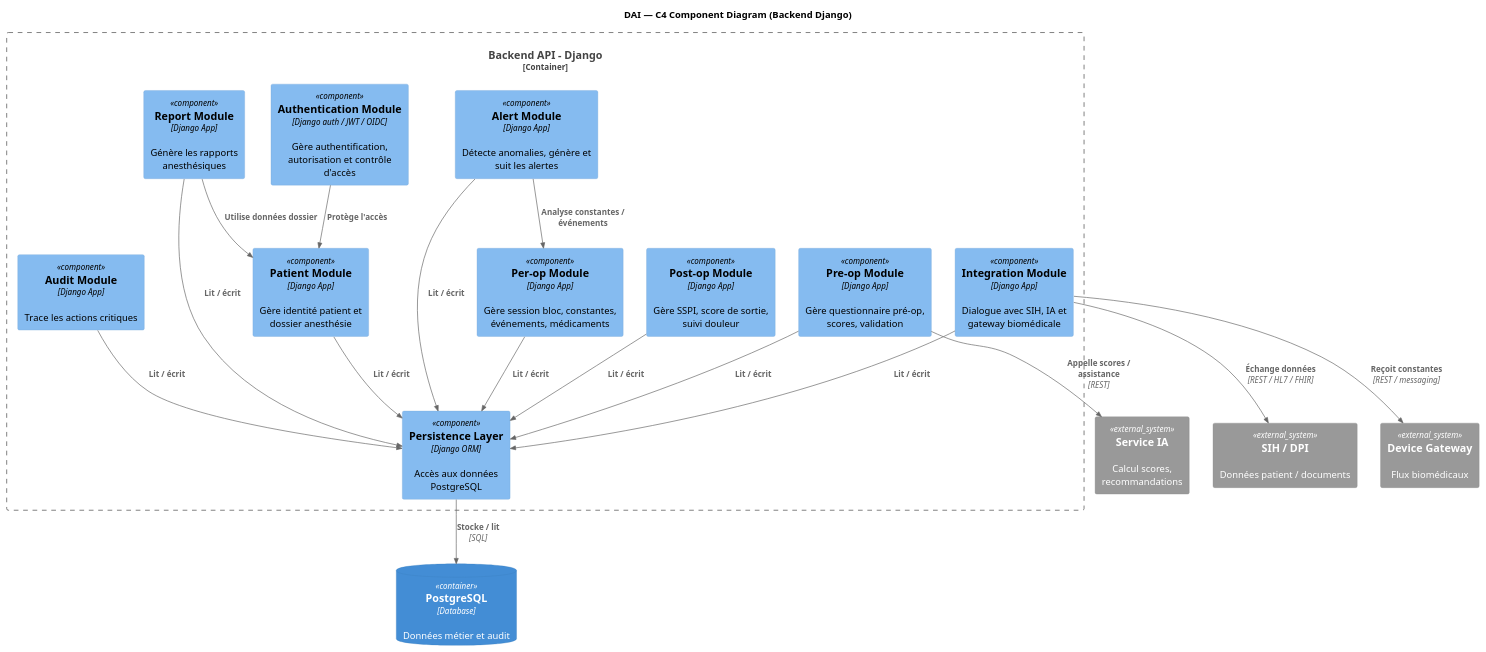
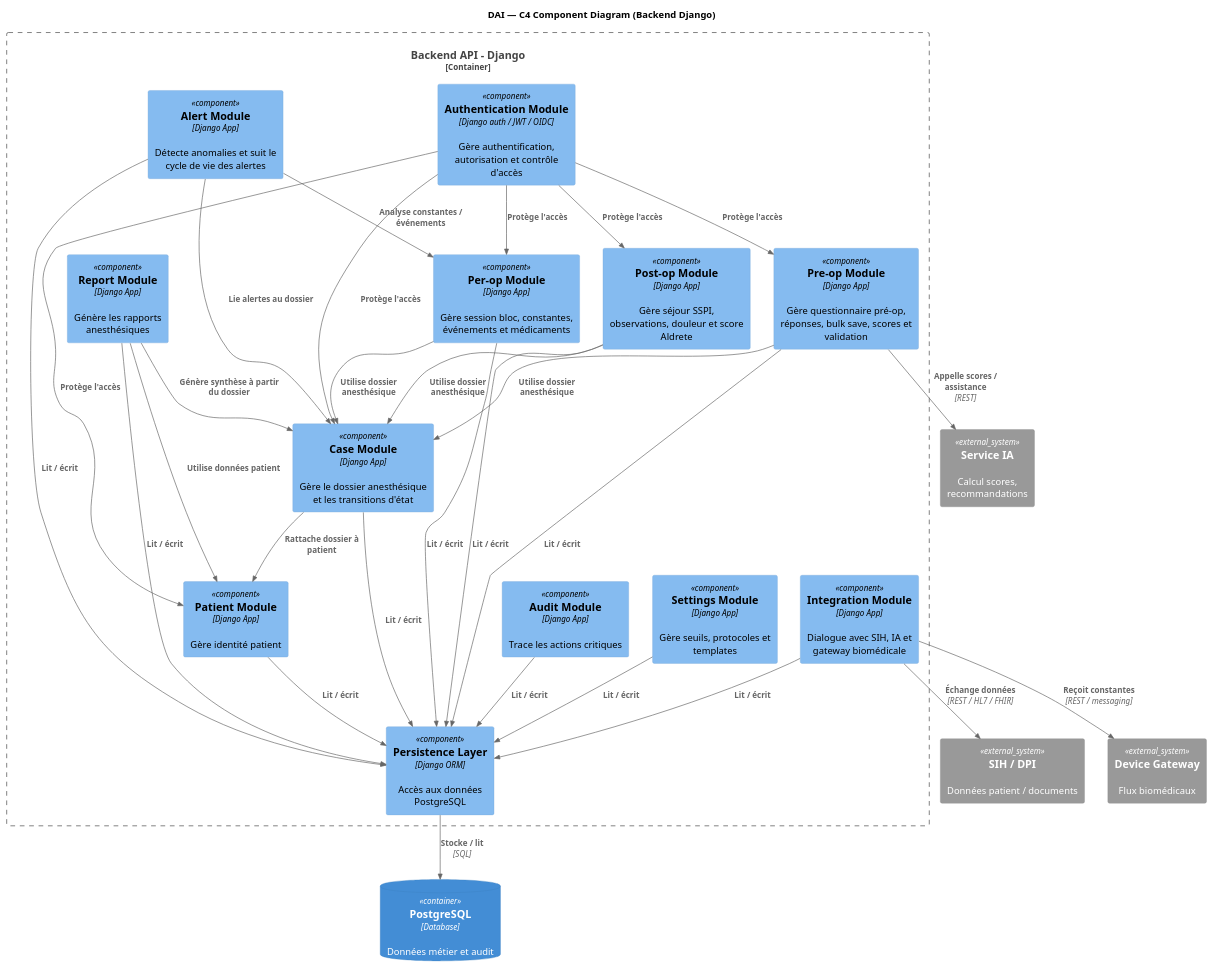
One commit to yasminebelhajmabrouk-ops/yasmine_DAI changed the diagram in diagrams/c4/component-backend.puml. Above: the diagram before and after it, drawn with PlantUML. The commit also changed 3 other files, not shown here.

Commit message:
docs(c4): update backend architecture diagrams and add c4 readme

```diff
--- a/diagrams/c4/component-backend.puml
+++ b/diagrams/c4/component-backend.puml
@@ -1,42 +1,58 @@
 @startuml
 !include https://raw.githubusercontent.com/plantuml-stdlib/C4-PlantUML/master/C4_Component.puml
 
 title DAI — C4 Component Diagram (Backend Django)
 
 Container_Boundary(api, "Backend API - Django") {
 
   Component(authComp, "Authentication Module", "Django auth / JWT / OIDC", "Gère authentification, autorisation et contrôle d'accès")
-  Component(patientComp, "Patient Module", "Django App", "Gère identité patient et dossier anesthésie")
-  Component(preopComp, "Pre-op Module", "Django App", "Gère questionnaire pré-op, scores, validation")
-  Component(peropComp, "Per-op Module", "Django App", "Gère session bloc, constantes, événements, médicaments")
-  Component(postopComp, "Post-op Module", "Django App", "Gère SSPI, score de sortie, suivi douleur")
-  Component(alertComp, "Alert Module", "Django App", "Détecte anomalies, génère et suit les alertes")
+  Component(patientComp, "Patient Module", "Django App", "Gère identité patient")
+  Component(caseComp, "Case Module", "Django App", "Gère le dossier anesthésique et les transitions d'état")
+  Component(preopComp, "Pre-op Module", "Django App", "Gère questionnaire pré-op, réponses, bulk save, scores et validation")
+  Component(peropComp, "Per-op Module", "Django App", "Gère session bloc, constantes, événements et médicaments")
+  Component(postopComp, "Post-op Module", "Django App", "Gère séjour SSPI, observations, douleur et score Aldrete")
+  Component(alertComp, "Alert Module", "Django App", "Détecte anomalies et suit le cycle de vie des alertes")
   Component(reportComp, "Report Module", "Django App", "Génère les rapports anesthésiques")
+  Component(settingsComp, "Settings Module", "Django App", "Gère seuils, protocoles et templates")
   Component(auditComp, "Audit Module", "Django App", "Trace les actions critiques")
   Component(integrationComp, "Integration Module", "Django App", "Dialogue avec SIH, IA et gateway biomédicale")
   Component(repoComp, "Persistence Layer", "Django ORM", "Accès aux données PostgreSQL")
 }
 
 ContainerDb(db, "PostgreSQL", "Database", "Données métier et audit")
 System_Ext(ai, "Service IA", "Calcul scores, recommandations")
 System_Ext(sih, "SIH / DPI", "Données patient / documents")
 System_Ext(gateway, "Device Gateway", "Flux biomédicaux")
 
 Rel(authComp, patientComp, "Protège l'accès")
+Rel(authComp, caseComp, "Protège l'accès")
+Rel(authComp, preopComp, "Protège l'accès")
+Rel(authComp, peropComp, "Protège l'accès")
+Rel(authComp, postopComp, "Protège l'accès")
+
 Rel(patientComp, repoComp, "Lit / écrit")
+Rel(caseComp, repoComp, "Lit / écrit")
 Rel(preopComp, repoComp, "Lit / écrit")
 Rel(peropComp, repoComp, "Lit / écrit")
 Rel(postopComp, repoComp, "Lit / écrit")
 Rel(alertComp, repoComp, "Lit / écrit")
 Rel(reportComp, repoComp, "Lit / écrit")
+Rel(settingsComp, repoComp, "Lit / écrit")
 Rel(auditComp, repoComp, "Lit / écrit")
 Rel(integrationComp, repoComp, "Lit / écrit")
+
+Rel(caseComp, patientComp, "Rattache dossier à patient")
+Rel(preopComp, caseComp, "Utilise dossier anesthésique")
+Rel(peropComp, caseComp, "Utilise dossier anesthésique")
+Rel(postopComp, caseComp, "Utilise dossier anesthésique")
+Rel(alertComp, caseComp, "Lie alertes au dossier")
+Rel(reportComp, caseComp, "Génère synthèse à partir du dossier")
 
 Rel(preopComp, ai, "Appelle scores / assistance", "REST")
 Rel(integrationComp, sih, "Échange données", "REST / HL7 / FHIR")
 Rel(integrationComp, gateway, "Reçoit constantes", "REST / messaging")
 Rel(alertComp, peropComp, "Analyse constantes / événements")
-Rel(reportComp, patientComp, "Utilise données dossier")
+Rel(reportComp, patientComp, "Utilise données patient")
 Rel(repoComp, db, "Stocke / lit", "SQL")
 
 @enduml
```
